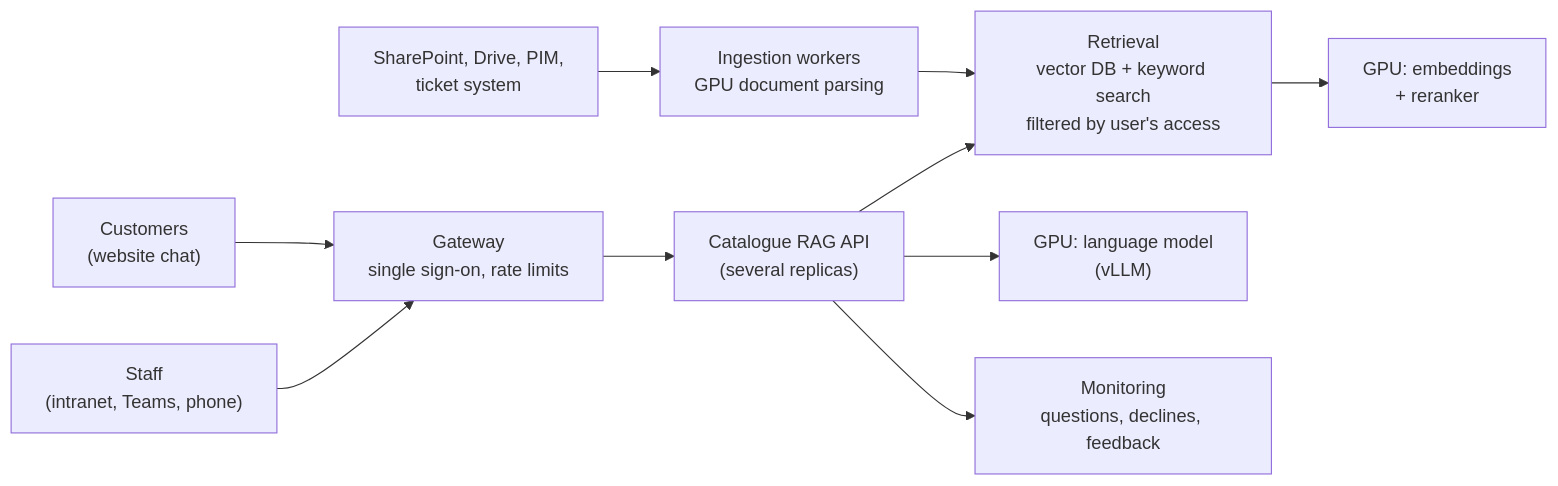
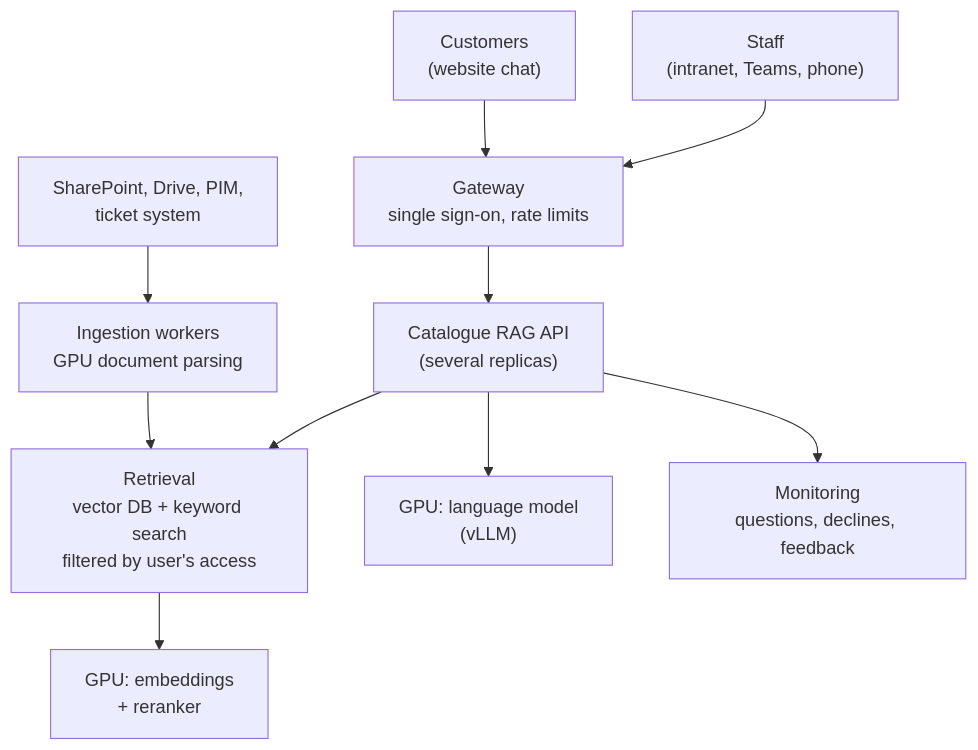
One commit to samiulhuda360/catalogue-rag changed the diagram in docs/enterprise.md. Above: the diagram before and after it, drawn with Mermaid. The commit also changed other lines of this file and 9 other files, not shown here.

Commit message:
Docs: complete guide with architecture, flow and setup

````diff
--- a/docs/enterprise.md
+++ b/docs/enterprise.md
@@ -73,12 +74,12 @@
 ```mermaid
-flowchart LR
+flowchart TD
   U1["Staff<br/>(intranet, Teams, phone)"] --> GW
   U2["Customers<br/>(website chat)"] --> GW
   GW["Gateway<br/>single sign-on, rate limits"] --> API["Catalogue RAG API<br/>(several replicas)"]
   API --> RET["Retrieval<br/>vector DB + keyword search<br/>filtered by user's access"]
   API --> LLM["GPU: language model<br/>(vLLM)"]
   RET --> EMB["GPU: embeddings<br/>+ reranker"]
   SRC["SharePoint, Drive, PIM,<br/>ticket system"] --> ING["Ingestion workers<br/>GPU document parsing"]
   ING --> RET
   API --> OBS["Monitoring<br/>questions, declines, feedback"]
 ```
````
